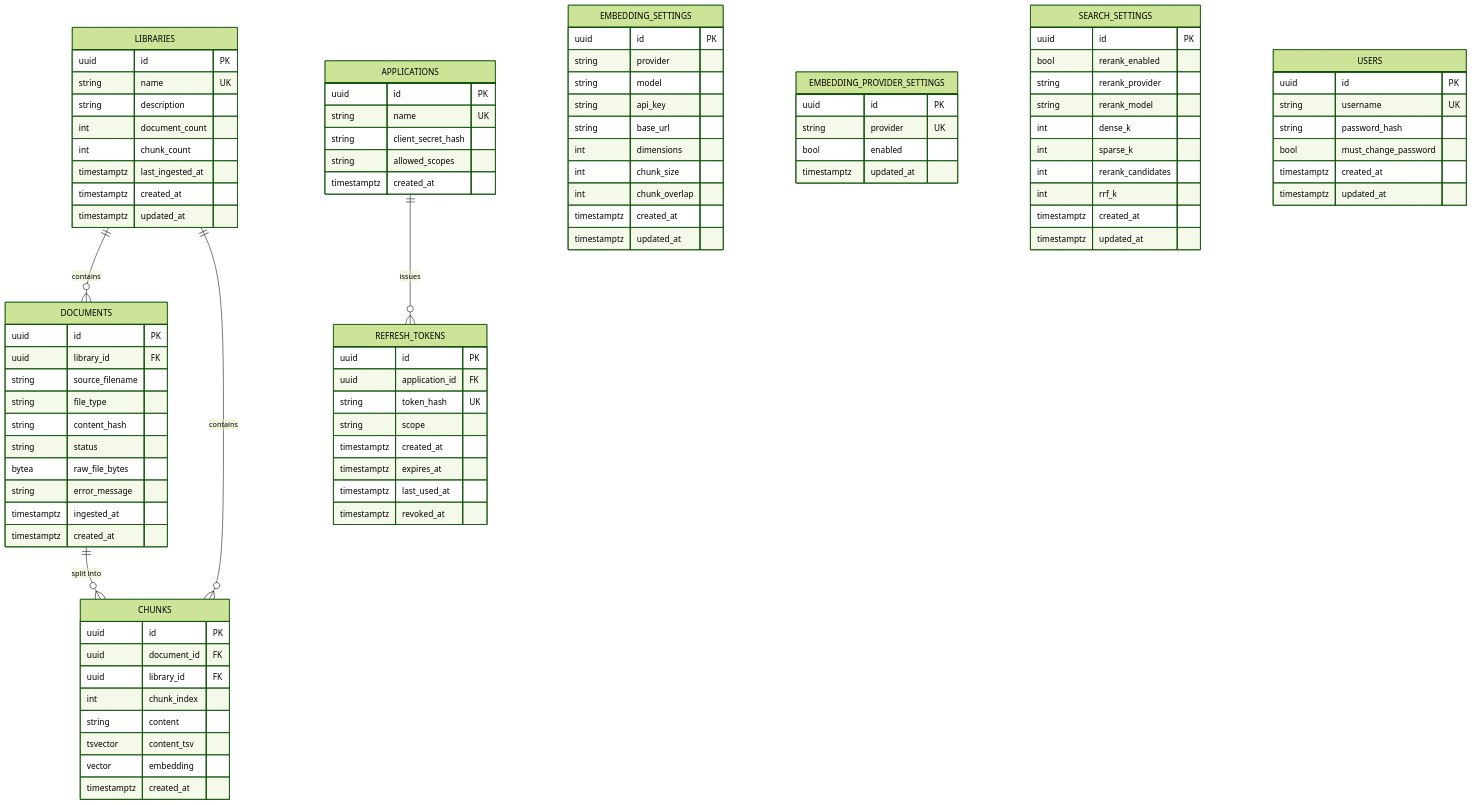
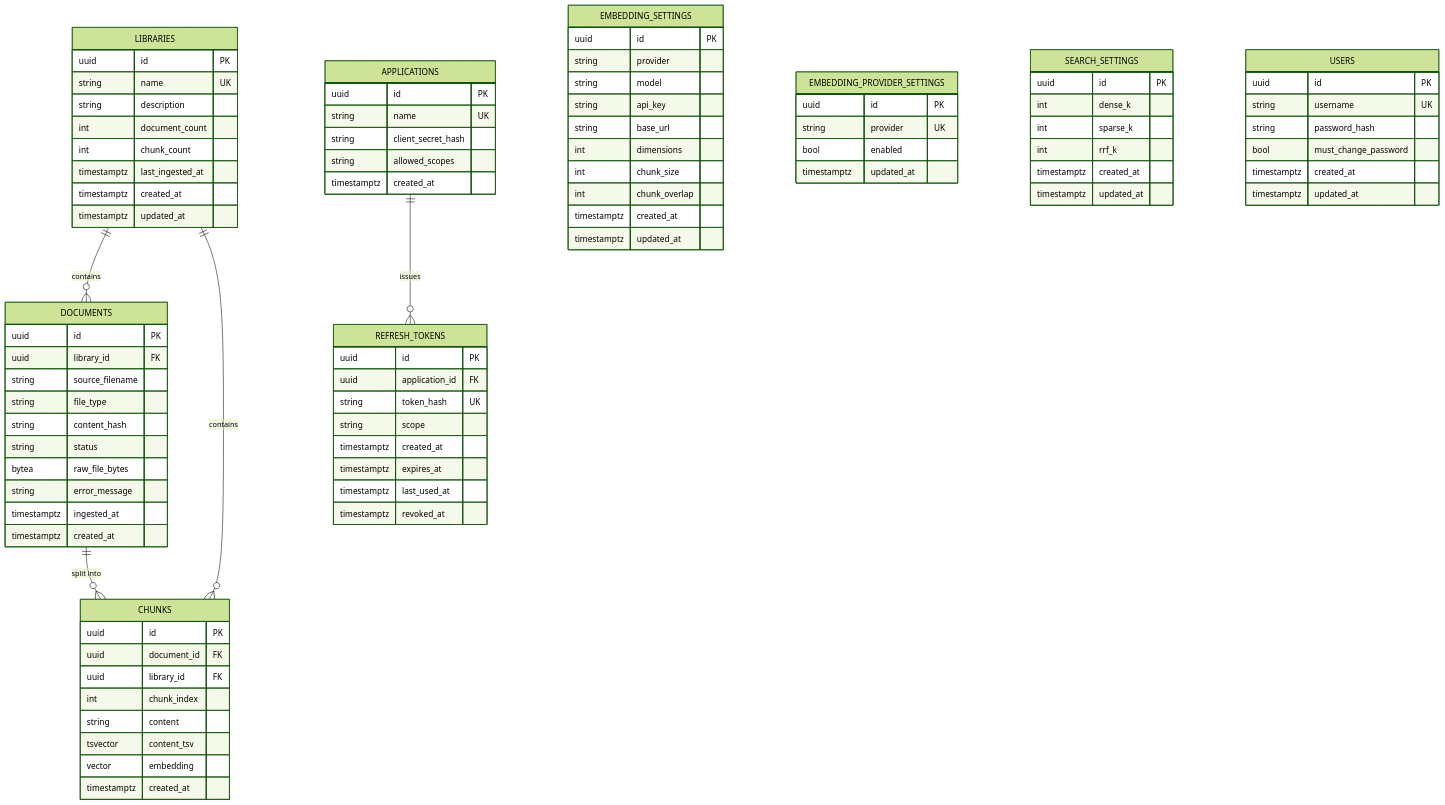
Before and after one commit to sgummalla79/knowledge: the diagram in docs/DATA_MODEL.md, drawn with Mermaid (forest theme). The commit also changed other lines of this file and 26 other files, not shown here.

```diff
--- a/docs/DATA_MODEL.md
+++ b/docs/DATA_MODEL.md
@@ -65,12 +65,8 @@
     }
     SEARCH_SETTINGS {
         uuid id PK
-        bool rerank_enabled
-        string rerank_provider
-        string rerank_model
         int dense_k
         int sparse_k
-        int rerank_candidates
         int rrf_k
         timestamptz created_at
         timestamptz updated_at
```
